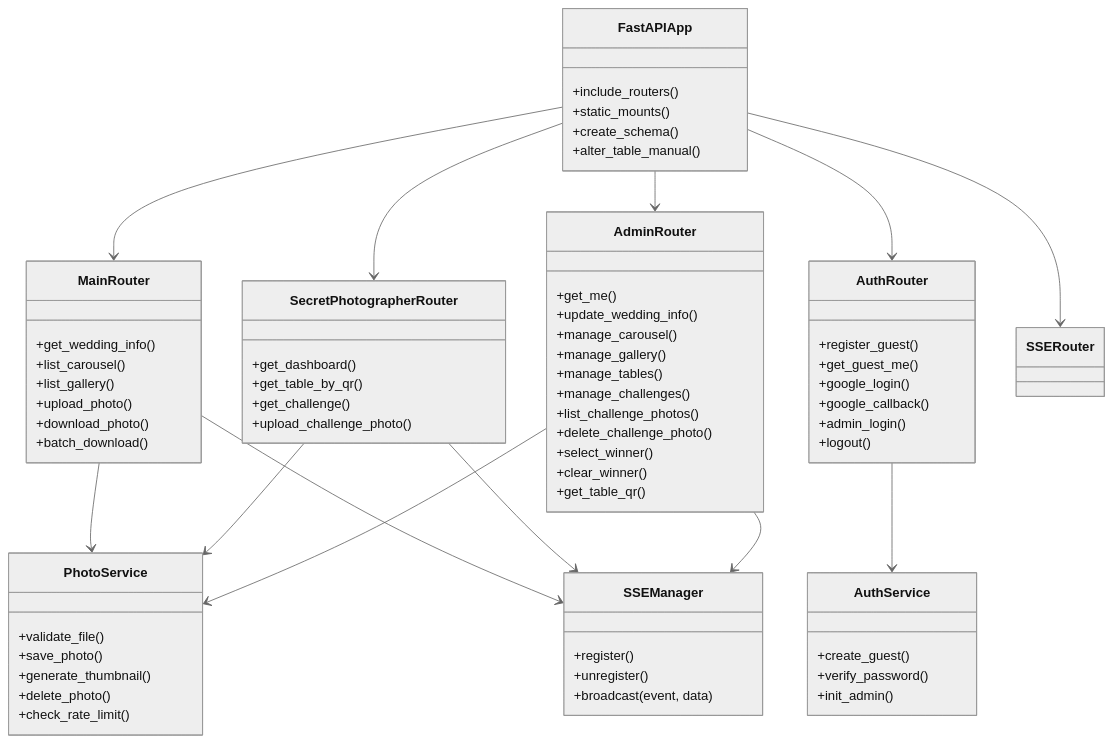
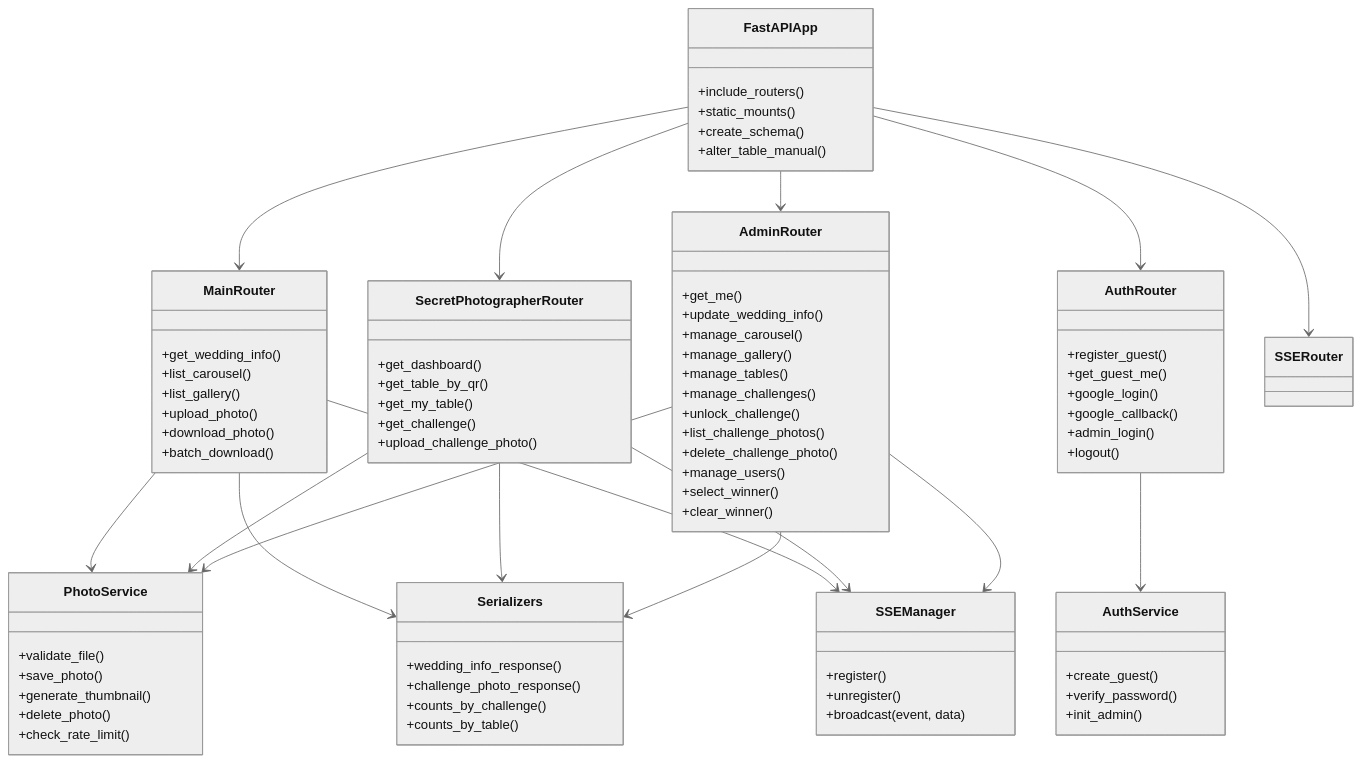
One commit to juniornff/wedding-photo-manager changed diagram 11 of 12 in README.md. Above: the diagram before and after it, drawn with Mermaid (neutral theme). The commit also changed other lines of this file and 3 other files, not shown here.

```diff
--- a/README.md
+++ b/README.md
@@ -427,6 +428,7 @@
     class SecretPhotographerRouter {
         +get_dashboard()
         +get_table_by_qr()
+        +get_my_table()
         +get_challenge()
         +upload_challenge_photo()
     }
@@ -438,11 +440,12 @@
         +manage_gallery()
         +manage_tables()
         +manage_challenges()
+        +unlock_challenge()
         +list_challenge_photos()
         +delete_challenge_photo()
+        +manage_users()
         +select_winner()
         +clear_winner()
-        +get_table_qr()
     }
 
     class AuthRouter {
@@ -474,6 +477,13 @@
         +broadcast(event, data)
     }
 
+    class Serializers {
+        +wedding_info_response()
+        +challenge_photo_response()
+        +counts_by_challenge()
+        +counts_by_table()
+    }
+
     FastAPIApp --> MainRouter
     FastAPIApp --> SecretPhotographerRouter
     FastAPIApp --> AdminRouter
@@ -485,6 +495,10 @@
     AdminRouter --> PhotoService
     AuthRouter --> AuthService
 
+    MainRouter --> Serializers
+    SecretPhotographerRouter --> Serializers
+    AdminRouter --> Serializers
+
     MainRouter --> SSEManager
     SecretPhotographerRouter --> SSEManager
     AdminRouter --> SSEManager
```
